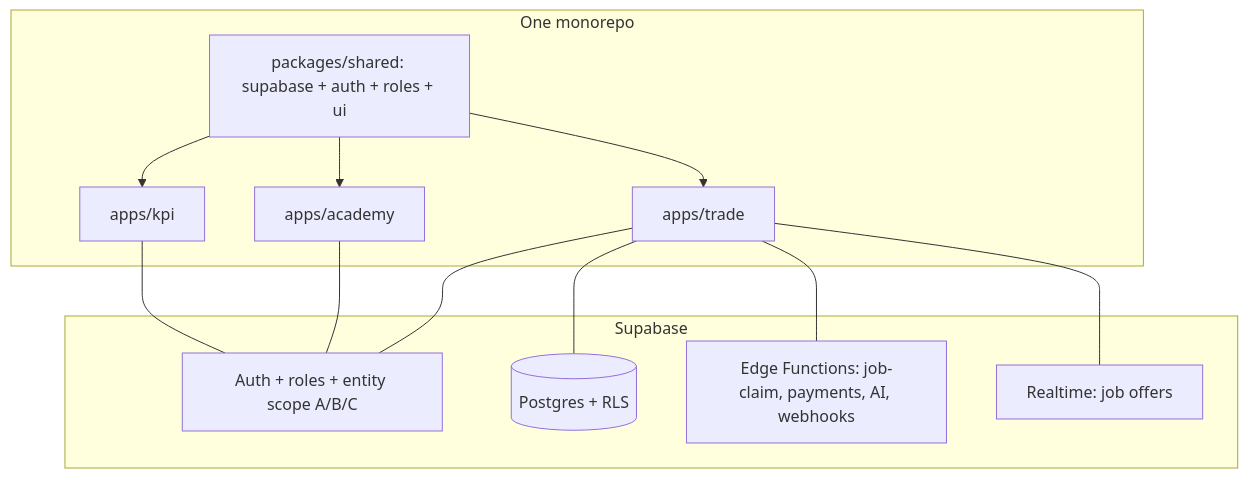
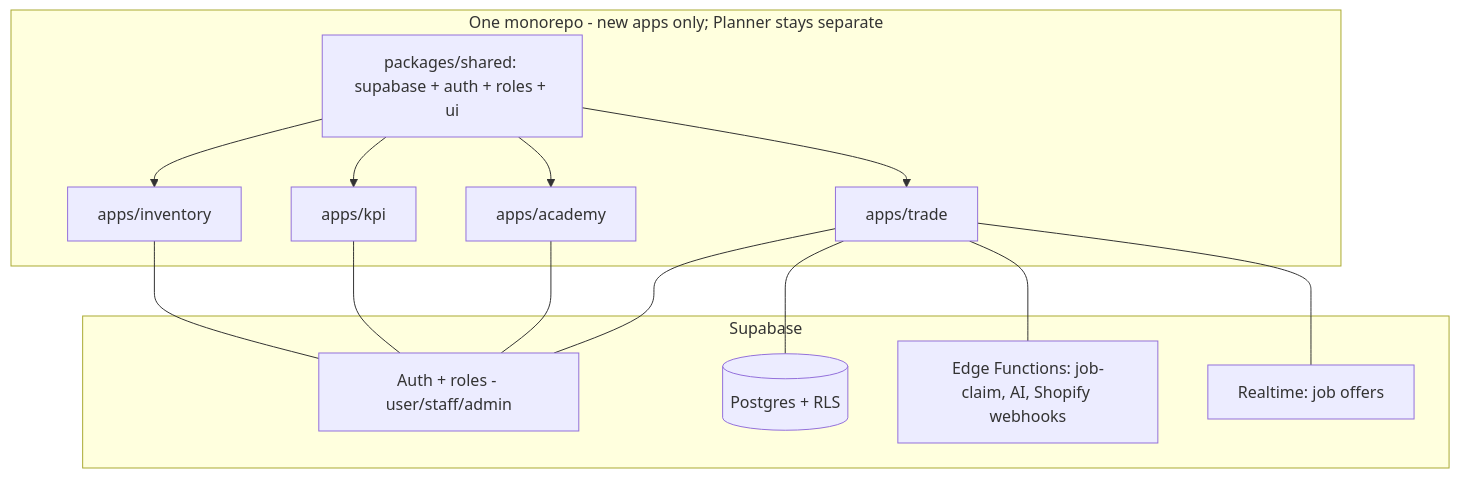
Before and after one commit to brandonlee-ct/kitchen-planner-v3: the second of 2 diagrams in FEASIBILITY.md, drawn with Mermaid. The commit also changed other lines of this file and 1 other file, not shown here.

Commit message:
Docs: update ARCHITECTURE and FEASIBILITY notes

````diff
--- a/FEASIBILITY.md
+++ b/FEASIBILITY.md
@@ -163,24 +167,27 @@
 ```mermaid
 flowchart TB
-  subgraph repo [One monorepo]
+  subgraph repo [One monorepo - new apps only; Planner stays separate]
     shared[packages/shared: supabase + auth + roles + ui]
     appTrade[apps/trade]
     appAcademy[apps/academy]
     appKpi[apps/kpi]
+    appInventory[apps/inventory]
     shared --> appTrade
     shared --> appAcademy
     shared --> appKpi
+    shared --> appInventory
   end
   subgraph sb [Supabase]
-    authRoles[Auth + roles + entity scope A/B/C]
+    authRoles[Auth + roles - user/staff/admin]
     db[(Postgres + RLS)]
-    edge[Edge Functions: job-claim, payments, AI, webhooks]
+    edge[Edge Functions: job-claim, AI, Shopify webhooks]
     realtime[Realtime: job offers]
   end
   appTrade --- authRoles
   appAcademy --- authRoles
   appKpi --- authRoles
+  appInventory --- authRoles
   appTrade --- db
   appTrade --- edge
   appTrade --- realtime
 ```
````
